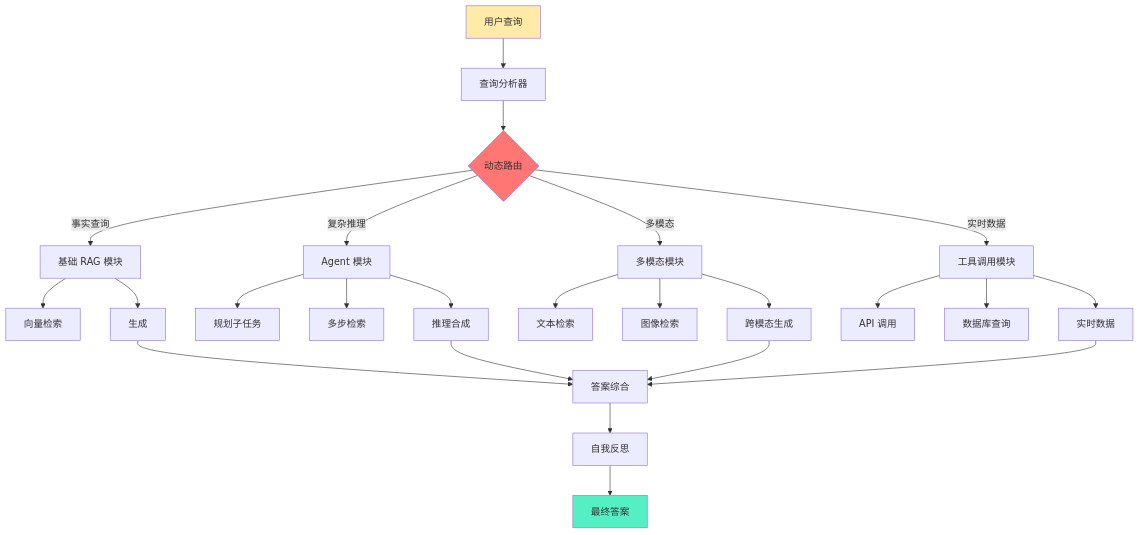
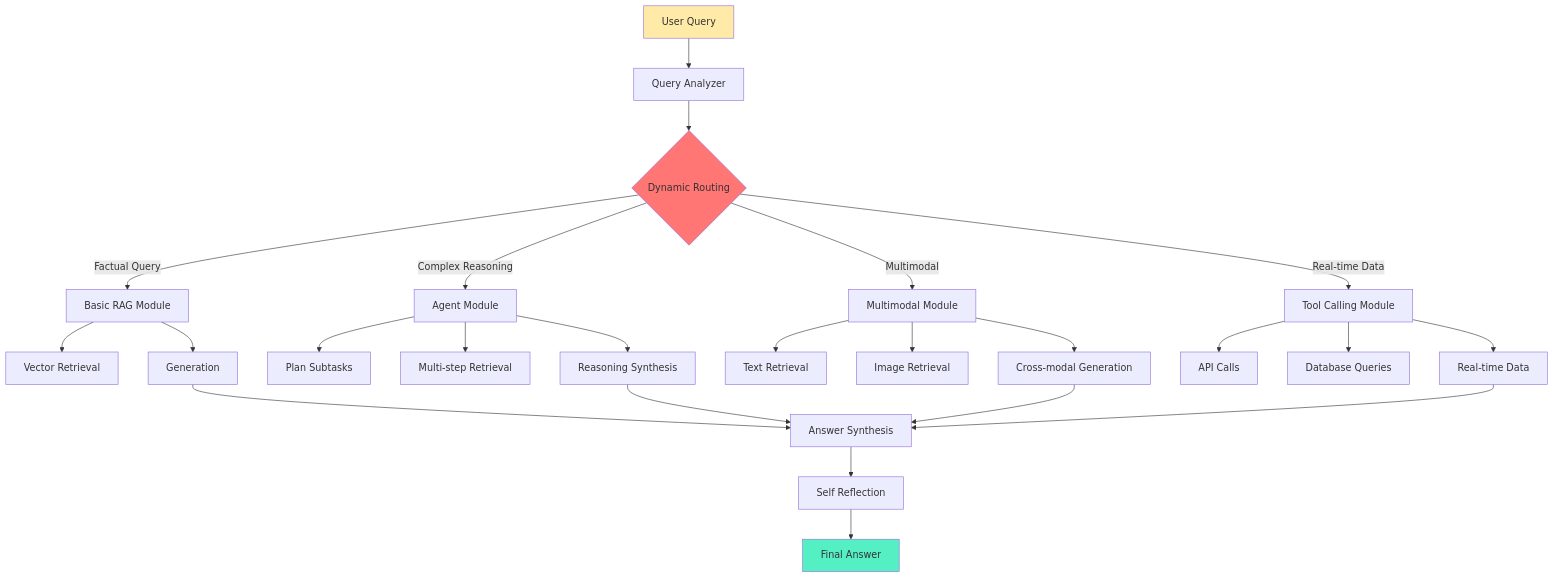
Before and after one commit to YiWang24/AiDIY: diagram 14 of 15 in docs/ai/rag/01-introduction.mdx, drawn with Mermaid. The commit also changed other lines of this file and 10 other files, not shown here.

First line of the commit message:
docs: enhance RAG documentation and fix Mermaid diagrams

````diff
--- a/docs/ai/rag/01-introduction.mdx
+++ b/docs/ai/rag/01-introduction.mdx
@@ -1567,38 +1568,38 @@
 ```mermaid
 flowchart TB
-    A["用户查询"] --> B["查询分析器"]
+    A["User Query"] --> B["Query Analyzer"]
 
-    B --> C{"动态路由"}
+    B --> C{"Dynamic Routing"}
 
-    C -->|事实查询| D["基础 RAG 模块"]
-    C -->|复杂推理| E["Agent 模块"]
-    C -->|多模态| F["多模态模块"]
-    C -->|实时数据| G["工具调用模块"]
+    C -->|Factual Query| D["Basic RAG Module"]
+    C -->|Complex Reasoning| E["Agent Module"]
+    C -->|Multimodal| F["Multimodal Module"]
+    C -->|Real-time Data| G["Tool Calling Module"]
 
-    D --> D1["向量检索"]
-    D --> D2["生成"]
+    D --> D1["Vector Retrieval"]
+    D --> D2["Generation"]
 
-    E --> E1["规划子任务"]
-    E --> E2["多步检索"]
-    E --> E3["推理合成"]
+    E --> E1["Plan Subtasks"]
+    E --> E2["Multi-step Retrieval"]
+    E --> E3["Reasoning Synthesis"]
 
-    F --> F1["文本检索"]
-    F --> F2["图像检索"]
-    F --> F3["跨模态生成"]
+    F --> F1["Text Retrieval"]
+    F --> F2["Image Retrieval"]
+    F --> F3["Cross-modal Generation"]
 
-    G --> G1["API 调用"]
-    G --> G2["数据库查询"]
-    G --> G3["实时数据"]
+    G --> G1["API Calls"]
+    G --> G2["Database Queries"]
+    G --> G3["Real-time Data"]
 
-    D2 --> H["答案综合"]
+    D2 --> H["Answer Synthesis"]
     E3 --> H
     F3 --> H
     G3 --> H
 
-    H --> I["自我反思"]
-    I --> J["最终答案"]
+    H --> I["Self Reflection"]
+    I --> J["Final Answer"]
 
     style A fill:#ffeaa7
     style C fill:#ff7675
     style J fill:#55efc4
 ```
````
